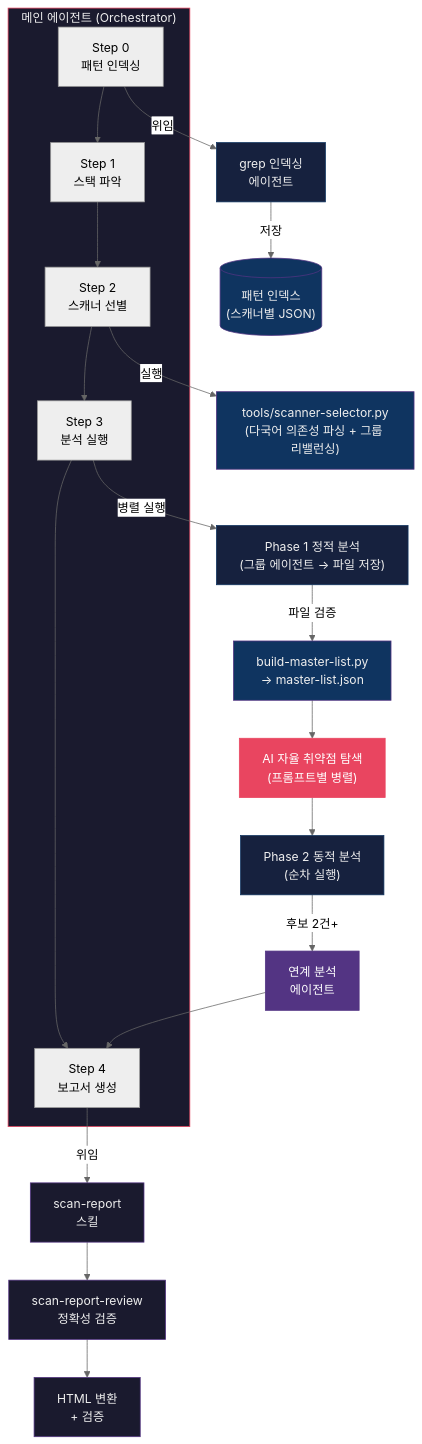
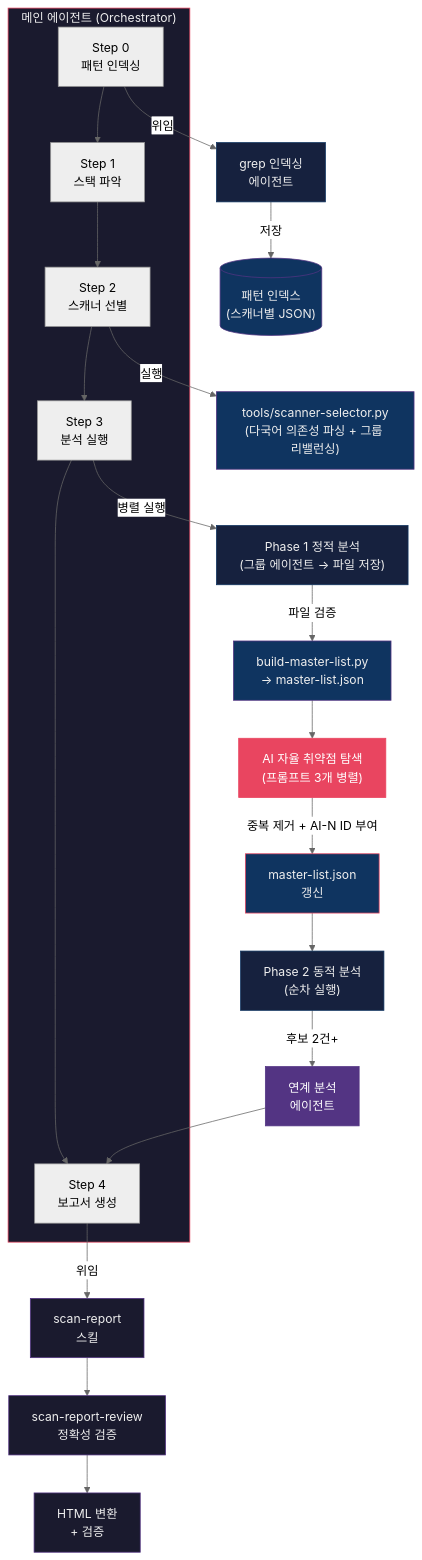
One commit to nomarlhack/noah-sast changed the first of 5 diagrams in README.md. Above: the diagram before and after it, drawn with Mermaid (neutral theme). The commit also changed other lines of this file, not shown here.

Commit message:
docs: mermaid 다이어그램에 AI 탐색 → master-list.json 갱신 흐름 반영

````diff
--- a/README.md
+++ b/README.md
@@ -54,40 +54,42 @@
 ```mermaid
 flowchart TB
     subgraph Orchestrator["메인 에이전트 (Orchestrator)"]
         S0["Step 0\n패턴 인덱싱"]
         S1["Step 1\n스택 파악"]
         S2["Step 2\n스캐너 선별"]
         S3["Step 3\n분석 실행"]
         S4["Step 4\n보고서 생성"]
         S0 --> S1 --> S2 --> S3 --> S4
     end
 
     S0 -->|위임| GrepAgent["grep 인덱싱\n에이전트"]
     GrepAgent -->|저장| IndexDir[("패턴 인덱스\n(스캐너별 JSON)")]
 
     S2 -->|실행| Selector["tools/scanner-selector.py\n(다국어 의존성 파싱 + 그룹 리밸런싱)"]
 
     S3 -->|병렬 실행| P1["Phase 1 정적 분석\n(그룹 에이전트 → 파일 저장)"]
     P1 -->|파일 검증| BML["build-master-list.py\n→ master-list.json"]
-    BML --> AI["AI 자율 취약점 탐색\n(프롬프트별 병렬)"]
-    AI --> P2["Phase 2 동적 분석\n(순차 실행)"]
+    BML --> AI["AI 자율 취약점 탐색\n(프롬프트 3개 병렬)"]
+    AI -->|"중복 제거 + AI-N ID 부여"| MLUpdate["master-list.json\n갱신"]
+    MLUpdate --> P2["Phase 2 동적 분석\n(순차 실행)"]
     P2 -->|후보 2건+| Chain["연계 분석\n에이전트"]
     Chain --> S4
 
     S4 -->|위임| Report["scan-report\n스킬"]
     Report --> Review["scan-report-review\n정확성 검증"]
     Review --> HTML["HTML 변환\n+ 검증"]
 
     style Orchestrator fill:#1a1a2e,stroke:#e94560,color:#eee
     style GrepAgent fill:#16213e,stroke:#0f3460,color:#eee
     style IndexDir fill:#0f3460,stroke:#533483,color:#eee
     style P1 fill:#16213e,stroke:#0f3460,color:#eee
     style BML fill:#0f3460,stroke:#533483,color:#eee
     style AI fill:#e94560,stroke:#e94560,color:#fff
+    style MLUpdate fill:#0f3460,stroke:#e94560,color:#eee
     style Chain fill:#533483,stroke:#533483,color:#fff
     style P2 fill:#16213e,stroke:#0f3460,color:#eee
     style Report fill:#1a1a2e,stroke:#533483,color:#eee
     style Review fill:#1a1a2e,stroke:#533483,color:#eee
     style HTML fill:#1a1a2e,stroke:#533483,color:#eee
     style Selector fill:#0f3460,stroke:#533483,color:#eee
 ```
````
